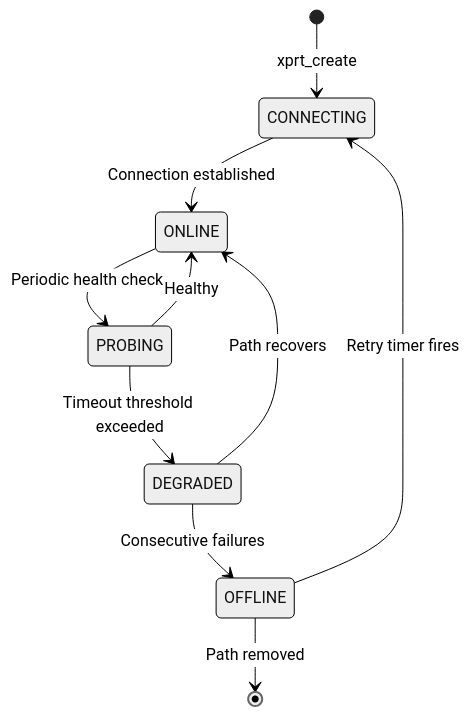
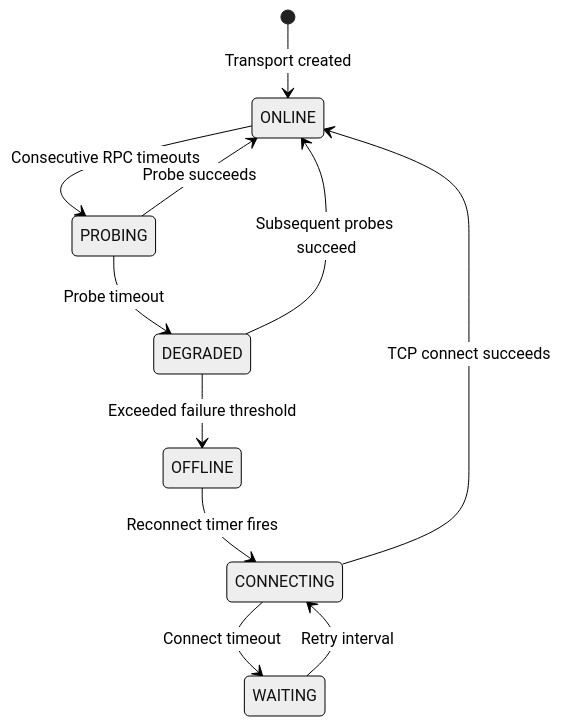
Before and after one commit to darrenstarr/dnfs: the fifth of 7 diagrams in docs/nfs-ebook/ch05-multipath.md, drawn with Mermaid (neutral theme). The commit also changed other lines of this file and 9 other files, not shown here.

````diff
--- a/docs/nfs-ebook/ch05-multipath.md
+++ b/docs/nfs-ebook/ch05-multipath.md
@@ -125,12 +216,13 @@
 ```mermaid
 stateDiagram-v2
-    [*] --> CONNECTING: xprt_create
-    CONNECTING --> ONLINE: Connection established
-    ONLINE --> PROBING: Periodic health check
-    PROBING --> ONLINE: Healthy
-    PROBING --> DEGRADED: Timeout threshold exceeded
-    DEGRADED --> ONLINE: Path recovers
-    DEGRADED --> OFFLINE: Consecutive failures
-    OFFLINE --> CONNECTING: Retry timer fires
-    OFFLINE --> [*]: Path removed
+    [*] --> ONLINE: Transport created
+    ONLINE --> PROBING: Consecutive RPC timeouts
+    PROBING --> ONLINE: Probe succeeds
+    PROBING --> DEGRADED: Probe timeout
+    DEGRADED --> ONLINE: Subsequent probes succeed
+    DEGRADED --> OFFLINE: Exceeded failure threshold
+    OFFLINE --> CONNECTING: Reconnect timer fires
+    CONNECTING --> ONLINE: TCP connect succeeds
+    CONNECTING --> WAITING: Connect timeout
+    WAITING --> CONNECTING: Retry interval
 ```
````
